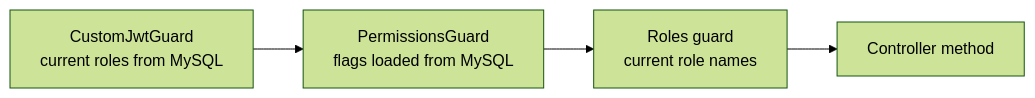
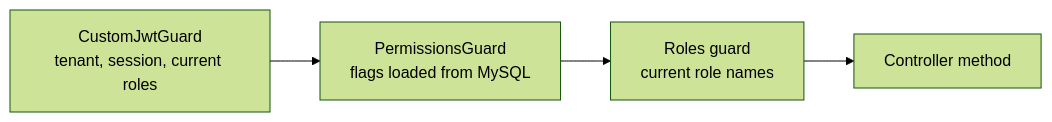
One commit to faraz455/nestjs-prisma-mysql changed the fifth of 5 diagrams in docs/architecture/ARCHITECTURE.md. Above: the diagram before and after it, drawn with Mermaid (forest theme). The commit also changed other lines of this file and 15 other files, not shown here.

````diff
--- a/docs/architecture/ARCHITECTURE.md
+++ b/docs/architecture/ARCHITECTURE.md
@@ -84,6 +88,6 @@
 ```mermaid
 flowchart LR
-  jwt["CustomJwtGuard<br/>current roles from MySQL"] --> perms["PermissionsGuard<br/>flags loaded from MySQL"]
+  jwt["CustomJwtGuard<br/>tenant, session, current roles"] --> perms["PermissionsGuard<br/>flags loaded from MySQL"]
   perms --> roles["Roles guard<br/>current role names"]
   roles --> handler["Controller method"]
 ```
````
